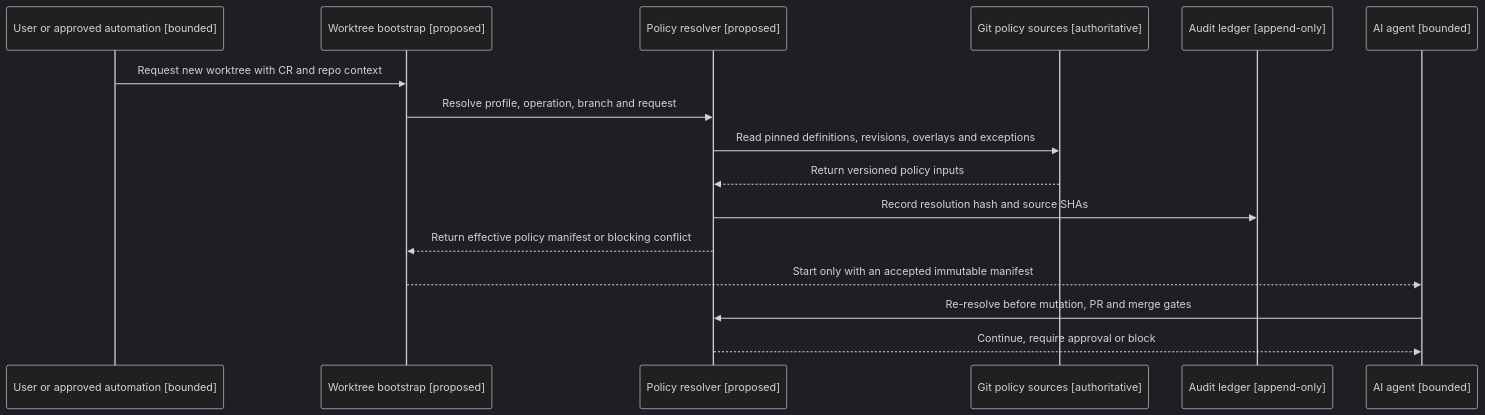
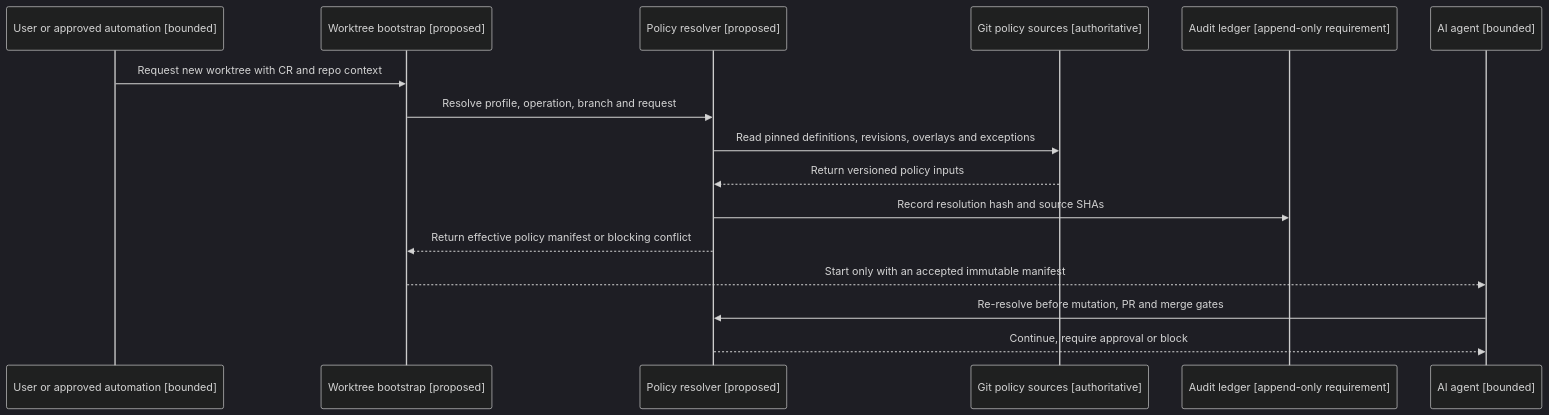
The third of 6 diagrams in docs/platform/ards-sdd-dynamic-policy-administration-console.md (afpogo/4uentes-ards-control-plane), drawn with Mermaid (dark theme) before and after one commit. The commit also changed other lines of this file and 1 other file, not shown here.

Commit message:
docs(CR-CP-0025): address architecture review

````diff
--- a/docs/platform/ards-sdd-dynamic-policy-administration-console.md
+++ b/docs/platform/ards-sdd-dynamic-policy-administration-console.md
@@ -227,19 +250,19 @@
 ```mermaid
 sequenceDiagram
     participant U as User or approved automation [bounded]
     participant B as Worktree bootstrap [proposed]
     participant P as Policy resolver [proposed]
     participant G as Git policy sources [authoritative]
-    participant L as Audit ledger [append-only]
+    participant L as Audit ledger [append-only requirement]
     participant A as AI agent [bounded]
 
     U->>B: Request new worktree with CR and repo context
     B->>P: Resolve profile, operation, branch and request
     P->>G: Read pinned definitions, revisions, overlays and exceptions
     G-->>P: Return versioned policy inputs
     P->>L: Record resolution hash and source SHAs
     P-->>B: Return effective policy manifest or blocking conflict
     B-->>A: Start only with an accepted immutable manifest
     A->>P: Re-resolve before mutation, PR and merge gates
     P-->>A: Continue, require approval or block
 ```
````
